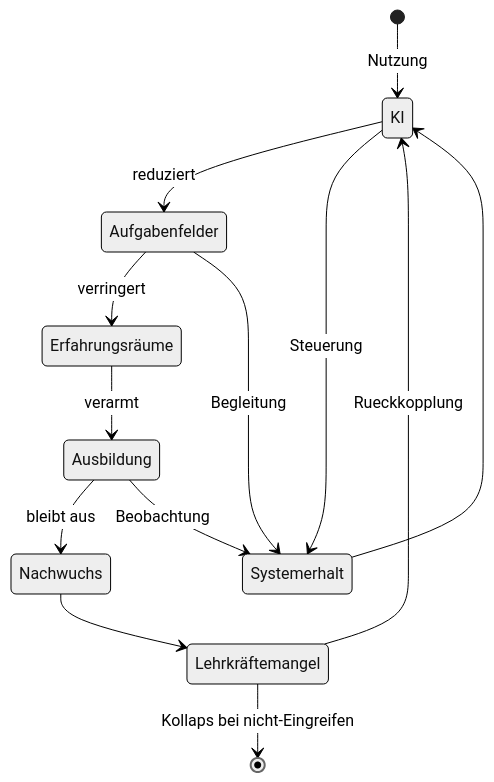
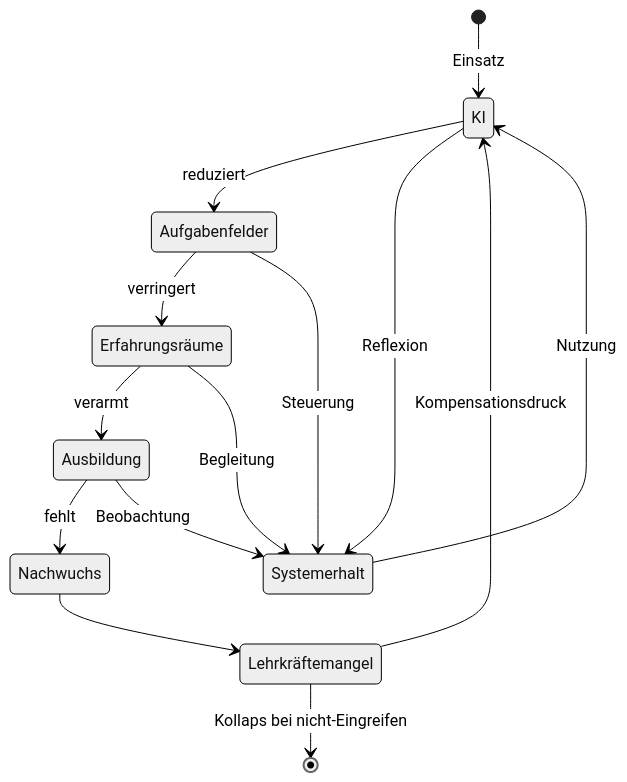
One commit to jochen-hanisch/blog-podcast-vodcast changed the diagram in b-Quadrat - Der Blog/KI und Lehrerbildung.md. Above: the diagram before and after it, drawn with Mermaid (neutral theme). The commit also changed other lines of this file and 3 other files, not shown here.

````diff
--- a/b-Quadrat - Der Blog/KI und Lehrerbildung.md
+++ b/b-Quadrat - Der Blog/KI und Lehrerbildung.md
@@ -44,19 +44,20 @@
 ```mermaid
 stateDiagram-v2
-    [*] --> KI : Nutzung
+    [*] --> KI : Einsatz
 
     %% Problemverlauf (Teufelskreis)
     KI --> Aufgabenfelder : reduziert
     Aufgabenfelder --> Erfahrungsräume : verringert
     Erfahrungsräume --> Ausbildung : verarmt
-    Ausbildung --> Nachwuchs : bleibt aus
+    Ausbildung --> Nachwuchs : fehlt
     Nachwuchs --> Lehrkräftemangel
-    Lehrkräftemangel --> KI : Rueckkopplung
+    Lehrkräftemangel --> KI : Kompensationsdruck
     Lehrkräftemangel --> [*] : Kollaps bei nicht-Eingreifen
 
     %% Interventionspfade
-	KI --> Systemerhalt : Steuerung
-    Aufgabenfelder --> Systemerhalt : Begleitung
+    KI --> Systemerhalt : Reflexion
+	Aufgabenfelder --> Systemerhalt : Steuerung
+    Erfahrungsräume --> Systemerhalt : Begleitung
     Ausbildung --> Systemerhalt : Beobachtung
-    Systemerhalt --> KI
+    Systemerhalt --> KI : Nutzung
 ```
````
